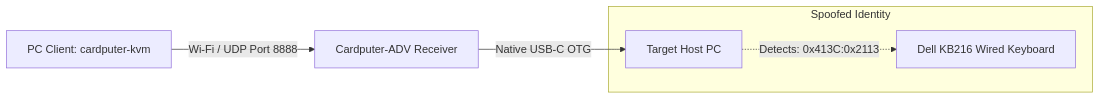
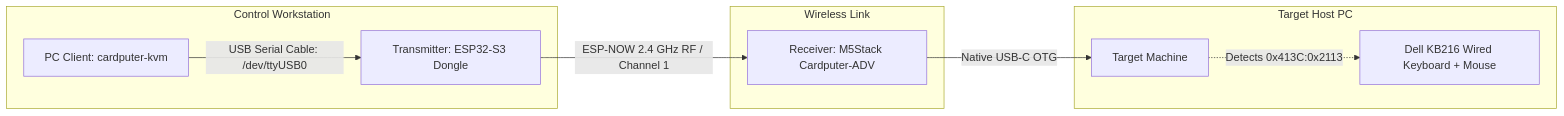
Before and after one commit to Braiden93/cardputerKVM: the diagram in pc-client/README.md, drawn with Mermaid. The commit also changed other lines of this file and 13 other files, not shown here.

Commit message:
feat: implement serial dongle bridge, virtual mouse, and auto-port detection

````diff
--- a/pc-client/README.md
+++ b/pc-client/README.md
@@ -39,9 +11,15 @@
 ```mermaid
 graph LR
-    P[PC Client: cardputer-kvm] -->|Wi-Fi / UDP Port 8888| C[Cardputer-ADV Receiver]
-    C -->|Native USB-C OTG| H[Target Host PC]
+    subgraph Control Workstation
+        P[PC Client: cardputer-kvm] -->|USB Serial Cable: /dev/ttyUSB0| T[Transmitter: ESP32-S3 Dongle]
+    end
 
-    subgraph Spoofed Identity
-        H -.->|Detects: 0x413C:0x2113| D[Dell KB216 Wired Keyboard]
+    subgraph Wireless Link
+        T -->|ESP-NOW 2.4 GHz RF / Channel 1| R[Receiver: M5Stack Cardputer-ADV]
+    end
+
+    subgraph Target Host PC
+        R -->|Native USB-C OTG| H[Target Machine]
+        H -.->|Detects 0x413C:0x2113| D[Dell KB216 Wired Keyboard + Mouse]
     end
 ```
````
